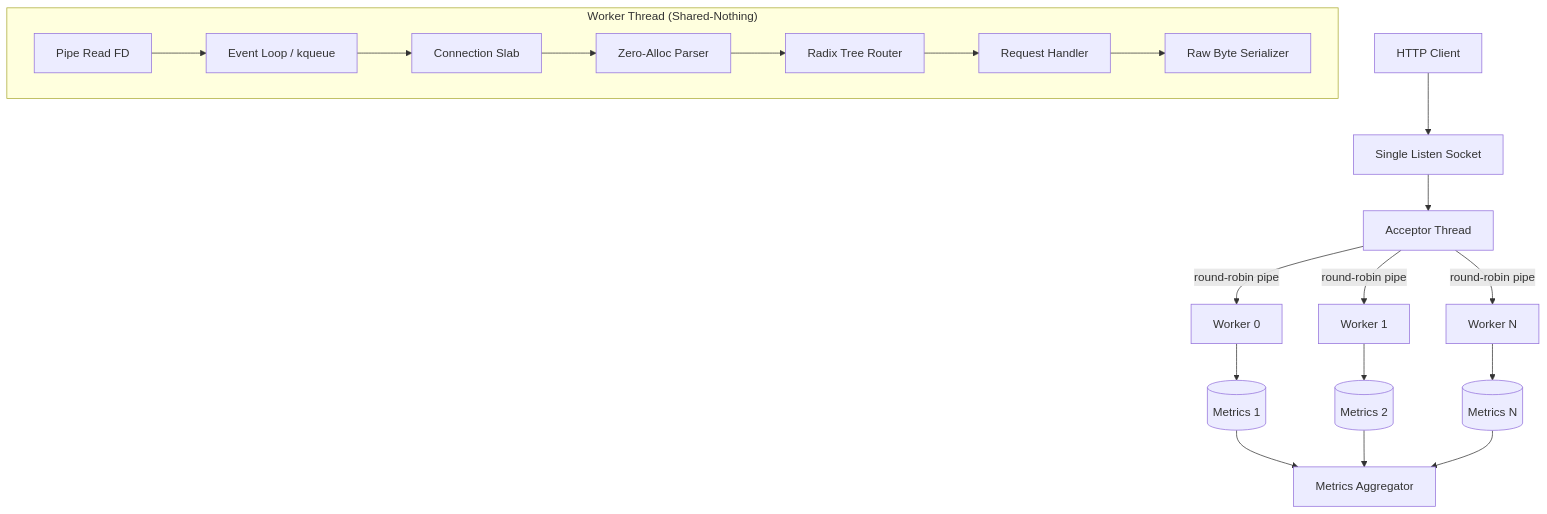
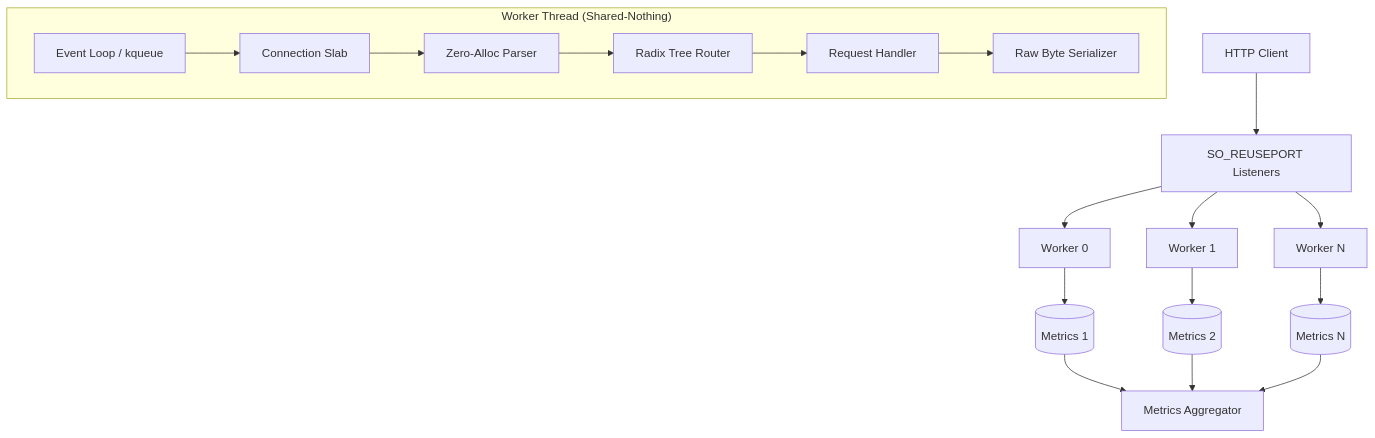
The diagram in ARCHITECTURE.md (kowito/chopin), drawn with Mermaid before and after one commit. The commit also changed other lines of this file, not shown here.

Commit message:
docs: update architecture and walkthrough to match final Shared-Nothing implementation

````diff
--- a/ARCHITECTURE.md
+++ b/ARCHITECTURE.md
@@ -20,25 +20,23 @@
 ```mermaid
 graph TD
-    Client[HTTP Client] --> ListenSock[Single Listen Socket]
-    ListenSock --> Acceptor[Acceptor Thread]
-    Acceptor -->|"round-robin pipe"| Worker1[Worker 0]
-    Acceptor -->|"round-robin pipe"| Worker2[Worker 1]
-    Acceptor -->|"round-robin pipe"| WorkerN[Worker N]
+    Client[HTTP Client] --> ListenSock[SO_REUSEPORT Listeners]
+    ListenSock --> Worker1[Worker 0]
+    ListenSock --> Worker2[Worker 1]
+    ListenSock --> WorkerN[Worker N]
     
-    subgraph Worker["Worker Thread (Shared-Nothing)"]
-        Pipe[Pipe Read FD] --> Loop[Event Loop / kqueue]
-        Loop --> Slab[Connection Slab]
+    subgraph IndependentWorker["Worker Thread (Shared-Nothing)"]
+        Loop[Event Loop / kqueue] --> Slab[Connection Slab]
         Slab --> Parser[Zero-Alloc Parser]
         Parser --> Router[Radix Tree Router]
         Router --> Handler[Request Handler]
         Handler --> Serializer[Raw Byte Serializer]
     end
     
     Worker1 --> Metrics1[(Metrics 1)]
     Worker2 --> Metrics2[(Metrics 2)]
     WorkerN --> MetricsN[(Metrics N)]
     
     Metrics1 --> Aggregator[Metrics Aggregator]
     Metrics2 --> Aggregator
     MetricsN --> Aggregator
 ```
````
